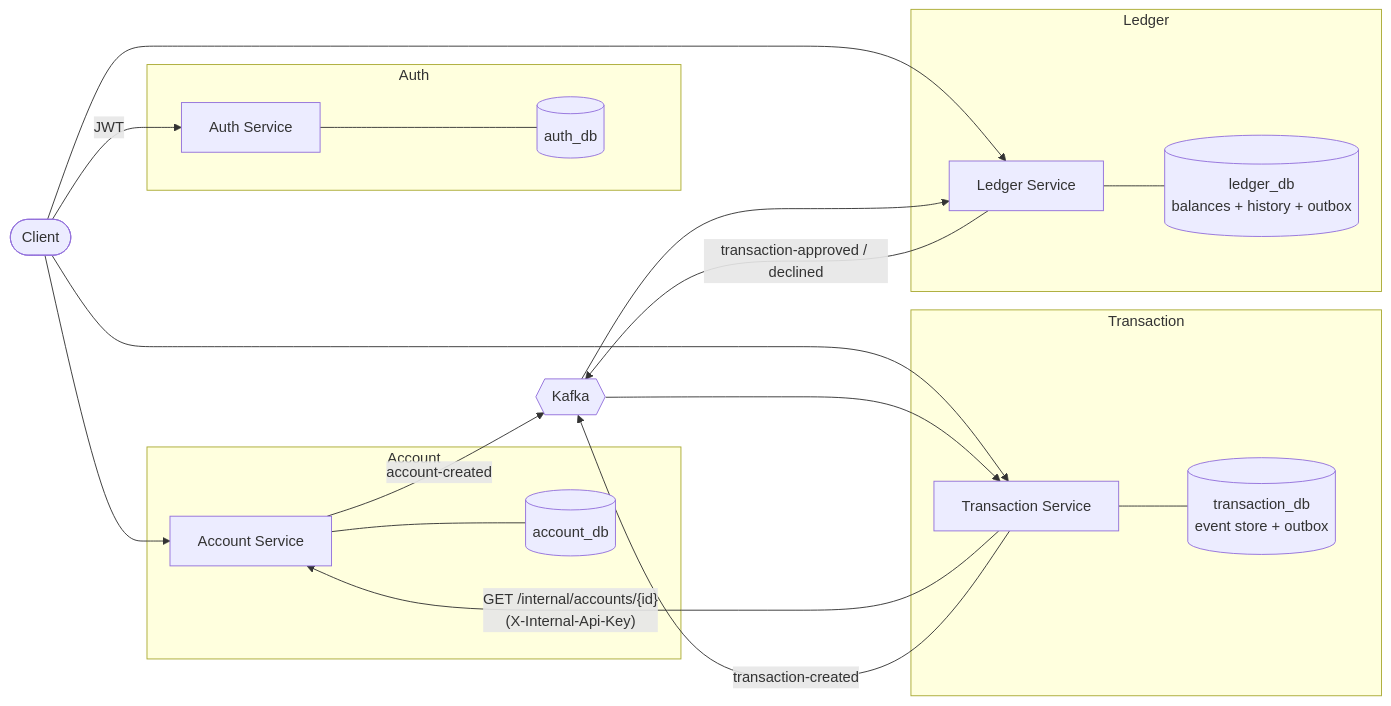
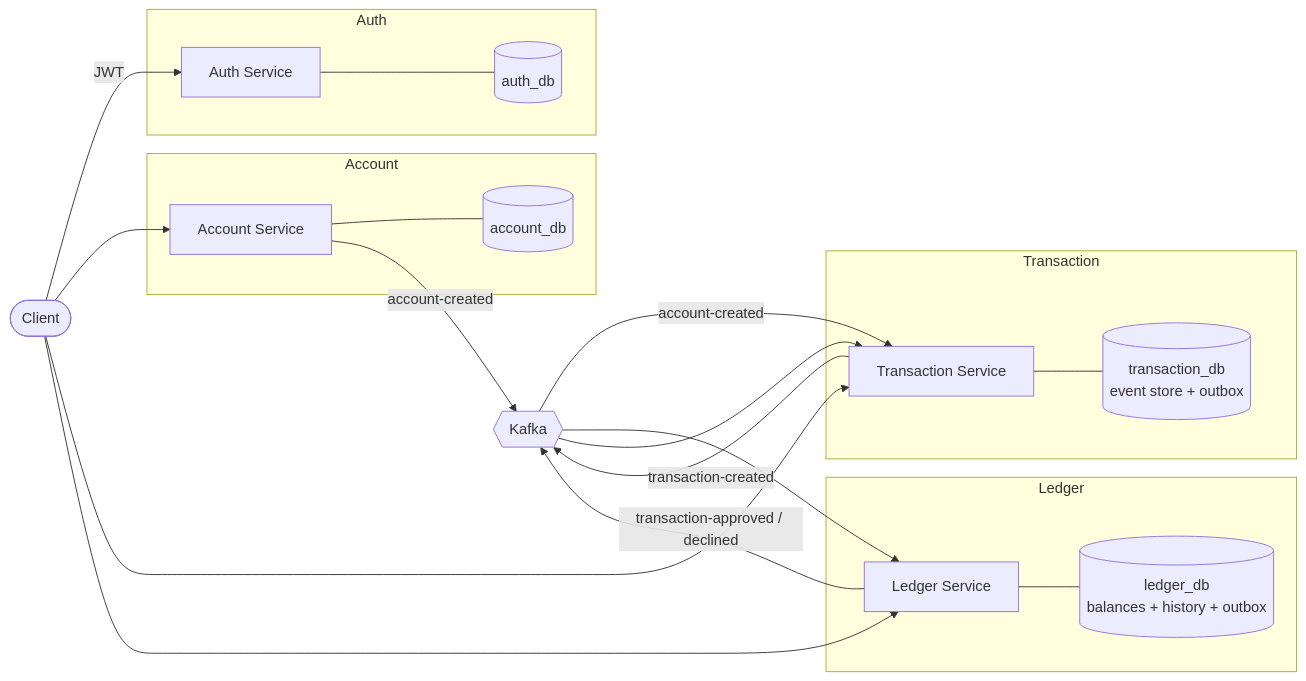
The first of 2 diagrams in README.md (nikola8217/Bankflow), drawn with Mermaid before and after one commit. The commit also changed other lines of this file and 12 other files, not shown here.

Commit message:
refactor: remove the internal account endpoint and API key

````diff
--- a/README.md
+++ b/README.md
@@ -13,31 +13,31 @@
 ```mermaid
 flowchart LR
     Client([Client])
 
     subgraph Auth
         AS[Auth Service] --- ADB[(auth_db)]
     end
     subgraph Account
         ACS[Account Service] --- ACDB[(account_db)]
     end
     subgraph Transaction
         TS[Transaction Service] --- TDB[(transaction_db<br/>event store + outbox)]
     end
     subgraph Ledger
         LS[Ledger Service] --- LDB[(ledger_db<br/>balances + history + outbox)]
     end
 
     K{{Kafka}}
 
     Client -->|JWT| AS
     Client --> ACS
     Client --> TS
     Client --> LS
 
-    TS -->|"GET /internal/accounts/{id}<br/>(X-Internal-Api-Key)"| ACS
     ACS -->|account-created| K
+    K -->|account-created| TS
     TS -->|transaction-created| K
     K --> LS
     LS -->|transaction-approved / declined| K
     K --> TS
 ```
````
